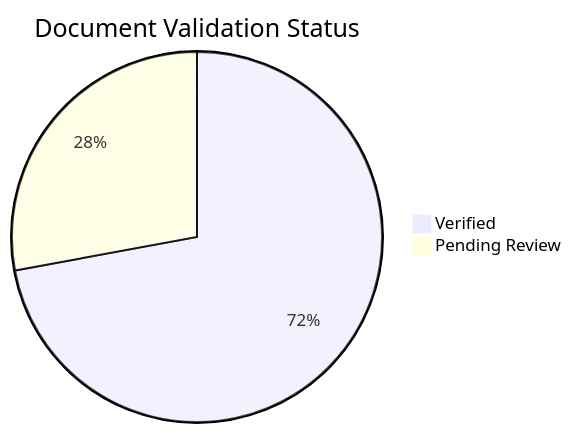
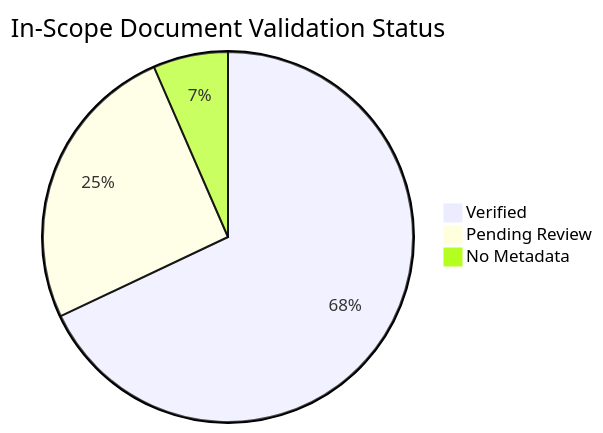
The diagram in docs/reference/content-validation-status.md (yeongseon/azure-container-apps-practical-guide), drawn with Mermaid before and after one commit. The commit also changed other lines of this file and 119 other files, not shown here.

````diff
--- a/docs/reference/content-validation-status.md
+++ b/docs/reference/content-validation-status.md
@@ -36,5 +24,6 @@
 ```mermaid
-pie title Document Validation Status
-    "Verified" : 168
-    "Pending Review" : 65
+pie title In-Scope Document Validation Status
+    "Verified" : 104
+    "Pending Review" : 39
+    "No Metadata" : 10
 ```
````
